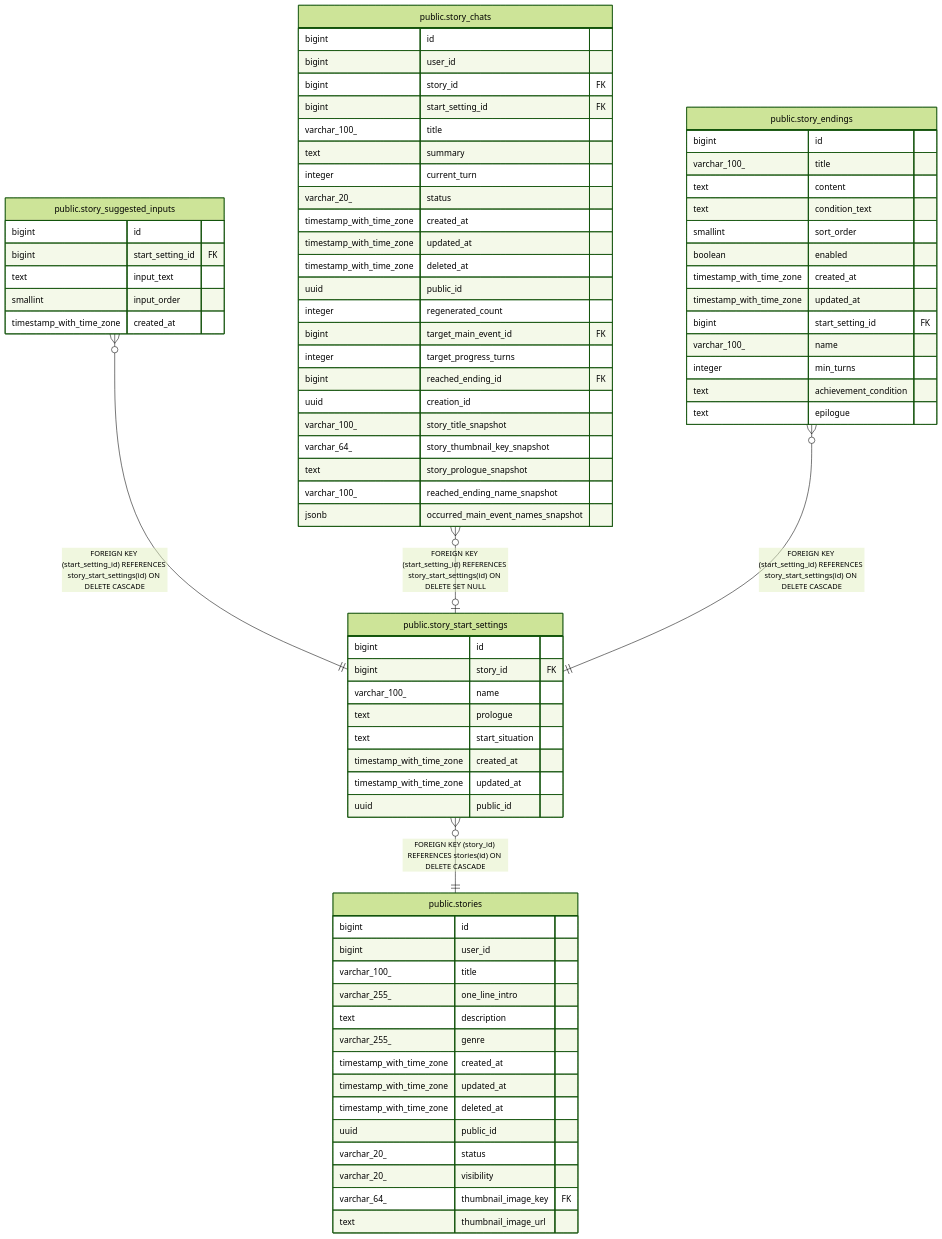
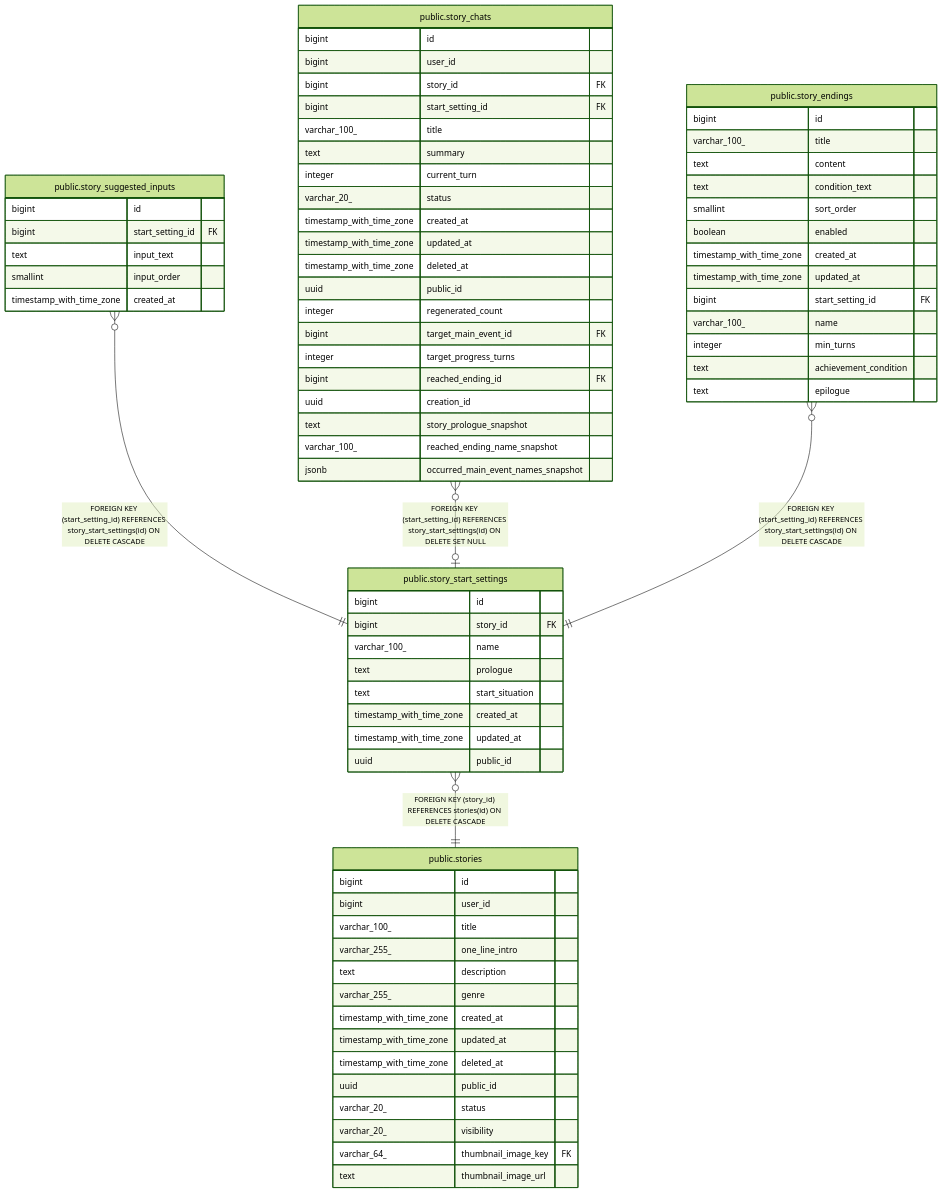
The diagram in dbdoc/public.story_start_settings.md (KIM-N-KANG/manyak-server), drawn with Mermaid (forest theme) before and after one commit. The commit also changed 20 other files, not shown here.

````diff
--- a/dbdoc/public.story_start_settings.md
+++ b/dbdoc/public.story_start_settings.md
@@ -34,81 +34,79 @@
 ```mermaid
 erDiagram
 
 "public.story_suggested_inputs" }o--|| "public.story_start_settings" : "FOREIGN KEY (start_setting_id) REFERENCES story_start_settings(id) ON DELETE CASCADE"
 "public.story_chats" }o--o| "public.story_start_settings" : "FOREIGN KEY (start_setting_id) REFERENCES story_start_settings(id) ON DELETE SET NULL"
 "public.story_endings" }o--|| "public.story_start_settings" : "FOREIGN KEY (start_setting_id) REFERENCES story_start_settings(id) ON DELETE CASCADE"
 "public.story_start_settings" }o--|| "public.stories" : "FOREIGN KEY (story_id) REFERENCES stories(id) ON DELETE CASCADE"
 
 "public.story_start_settings" {
   bigint id
   bigint story_id FK
   varchar_100_ name
   text prologue
   text start_situation
   timestamp_with_time_zone created_at
   timestamp_with_time_zone updated_at
   uuid public_id
 }
 "public.story_suggested_inputs" {
   bigint id
   bigint start_setting_id FK
   text input_text
   smallint input_order
   timestamp_with_time_zone created_at
 }
 "public.story_chats" {
   bigint id
   bigint user_id
   bigint story_id FK
   bigint start_setting_id FK
   varchar_100_ title
   text summary
   integer current_turn
   varchar_20_ status
   timestamp_with_time_zone created_at
   timestamp_with_time_zone updated_at
   timestamp_with_time_zone deleted_at
   uuid public_id
   integer regenerated_count
   bigint target_main_event_id FK
   integer target_progress_turns
   bigint reached_ending_id FK
   uuid creation_id
-  varchar_100_ story_title_snapshot
-  varchar_64_ story_thumbnail_key_snapshot
   text story_prologue_snapshot
   varchar_100_ reached_ending_name_snapshot
   jsonb occurred_main_event_names_snapshot
 }
 "public.story_endings" {
   bigint id
   varchar_100_ title
   text content
   text condition_text
   smallint sort_order
   boolean enabled
   timestamp_with_time_zone created_at
   timestamp_with_time_zone updated_at
   bigint start_setting_id FK
   varchar_100_ name
   integer min_turns
   text achievement_condition
   text epilogue
 }
 "public.stories" {
   bigint id
   bigint user_id
   varchar_100_ title
   varchar_255_ one_line_intro
   text description
   varchar_255_ genre
   timestamp_with_time_zone created_at
   timestamp_with_time_zone updated_at
   timestamp_with_time_zone deleted_at
   uuid public_id
   varchar_20_ status
   varchar_20_ visibility
   varchar_64_ thumbnail_image_key FK
   text thumbnail_image_url
 }
 ```
````
